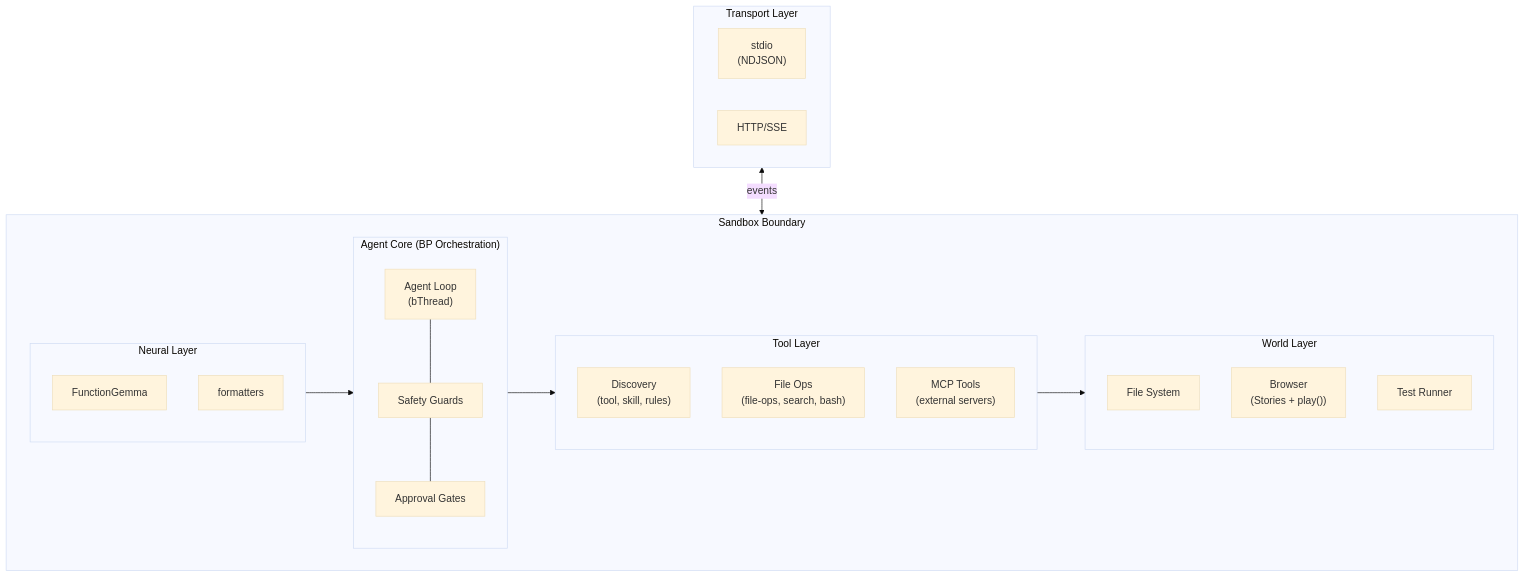
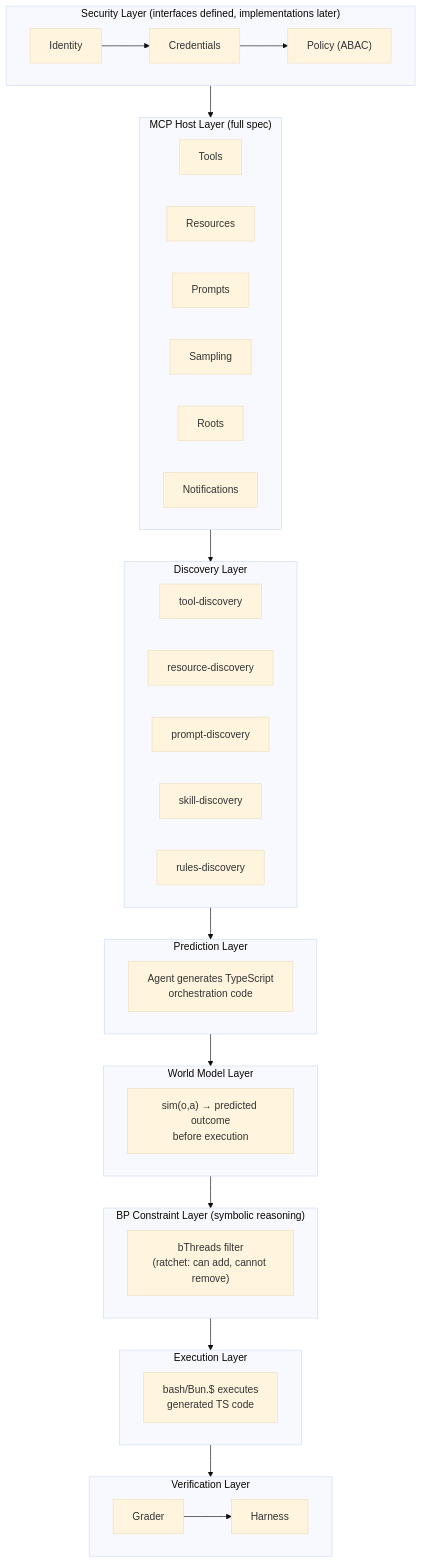
Before and after one commit to plaited/plaited: the first of 6 diagrams in PLAITED-AGENT-PLAN.md, drawn with Mermaid (base theme). The commit also changed other lines of this file and 5 other files, not shown here.

First line of the commit message:
docs(agent): rewrite plan for V6 neuro-symbolic architecture

````diff
--- a/PLAITED-AGENT-PLAN.md
+++ b/PLAITED-AGENT-PLAN.md
@@ -17,39 +20,56 @@
 ```mermaid
 flowchart TB
-    subgraph Sandbox["Sandbox Boundary"]
-        subgraph Agent["Agent Core (BP Orchestration)"]
-            Loop["Agent Loop<br/>(bThread)"]
-            Safety["Safety Guards"]
-            Approval["Approval Gates"]
-            Loop --- Safety --- Approval
-        end
-
-        subgraph Tool["Tool Layer"]
-            Discovery["Discovery<br/>(tool, skill, rules)"]
-            FileTools["File Ops<br/>(file-ops, search, bash)"]
-            MCPTools["MCP Tools<br/>(external servers)"]
-        end
-
-        subgraph Neural["Neural Layer"]
-            Model["FunctionGemma"]
-            Formatters["formatters"]
-        end
-
-        subgraph World["World Layer"]
-            Files["File System"]
-            Browser["Browser<br/>(Stories + play())"]
-            TestRunner["Test Runner"]
-        end
-
-        Agent --> Tool
-        Tool --> World
-        Neural --> Agent
+    subgraph Security["Security Layer (interfaces defined, implementations later)"]
+        Identity["Identity"]
+        Credentials["Credentials"]
+        Policy["Policy (ABAC)"]
+        Identity --> Credentials --> Policy
     end
 
-    subgraph Transport["Transport Layer"]
-        Stdio["stdio<br/>(NDJSON)"]
-        HTTP["HTTP/SSE"]
+    subgraph MCPHost["MCP Host Layer (full spec)"]
+        Tools["Tools"]
+        Resources["Resources"]
+        Prompts["Prompts"]
+        Sampling["Sampling"]
+        Roots["Roots"]
+        Notifications["Notifications"]
     end
 
-    Transport <-->|"events"| Sandbox
+    subgraph Discovery["Discovery Layer"]
+        ToolDisc["tool-discovery"]
+        ResourceDisc["resource-discovery"]
+        PromptDisc["prompt-discovery"]
+        SkillDisc["skill-discovery"]
+        RulesDisc["rules-discovery"]
+    end
+
+    subgraph Prediction["Prediction Layer"]
+        Agent["Agent generates TypeScript<br/>orchestration code"]
+    end
+
+    subgraph WorldModel["World Model Layer"]
+        Sim["sim(o,a) → predicted outcome<br/>before execution"]
+    end
+
+    subgraph BP["BP Constraint Layer (symbolic reasoning)"]
+        BThreads["bThreads filter<br/>(ratchet: can add, cannot remove)"]
+    end
+
+    subgraph Execution["Execution Layer"]
+        BashExec["bash/Bun.$ executes<br/>generated TS code"]
+    end
+
+    subgraph Verification["Verification Layer"]
+        Grader["Grader"]
+        Harness["Harness"]
+        Grader --> Harness
+    end
+
+    Security --> MCPHost
+    MCPHost --> Discovery
+    Discovery --> Prediction
+    Prediction --> WorldModel
+    WorldModel --> BP
+    BP --> Execution
+    Execution --> Verification
 ```
````
